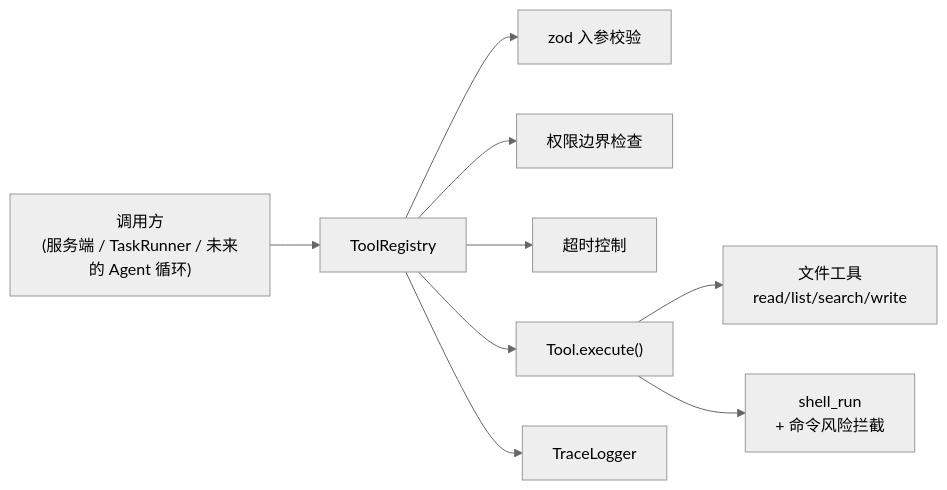
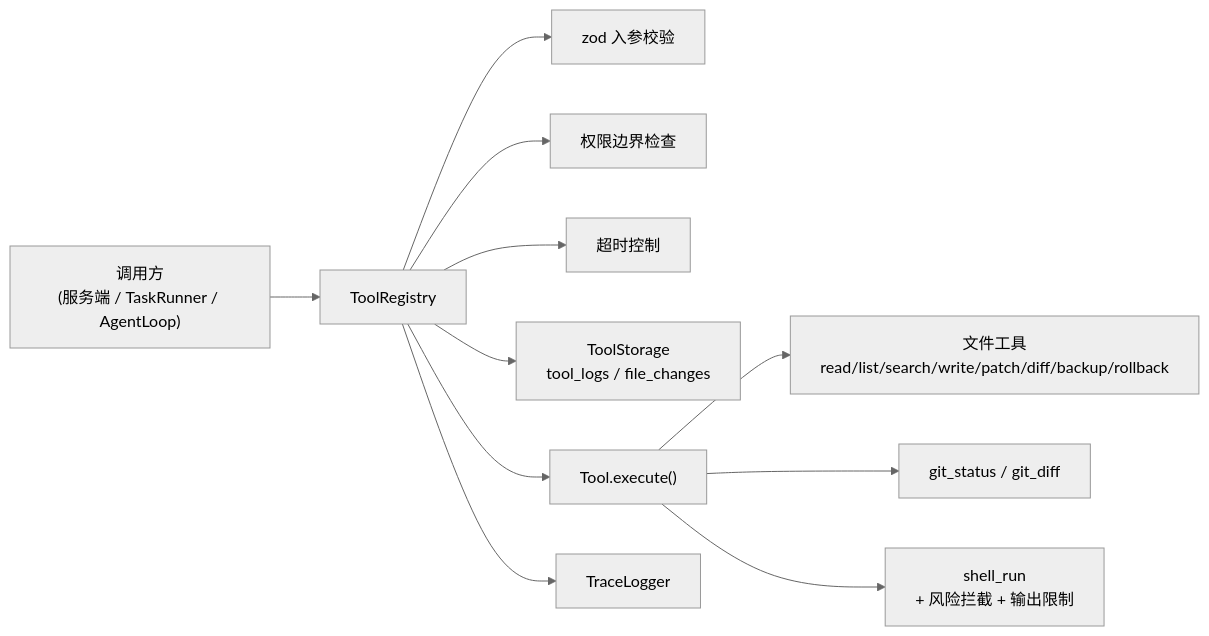
One commit to Atikou/AgentRelay changed the diagram in docs/工具系统.md. Above: the diagram before and after it, drawn with Mermaid (neutral theme). The commit also changed other lines of this file and 148 other files, not shown here.

````diff
--- a/docs/工具系统.md
+++ b/docs/工具系统.md
@@ -7,11 +9,13 @@
 ```mermaid
 flowchart LR
-    Caller["调用方<br/>(服务端 / TaskRunner / 未来的 Agent 循环)"] --> Reg["ToolRegistry"]
+    Caller["调用方<br/>(服务端 / TaskRunner / AgentLoop)"] --> Reg["ToolRegistry"]
     Reg --> V["zod 入参校验"]
     Reg --> P["权限边界检查"]
     Reg --> T["超时控制"]
+    Reg --> Store["ToolStorage<br/>tool_logs / file_changes"]
     Reg --> Exec["Tool.execute()"]
     Reg --> Trace["TraceLogger"]
-    Exec --> FS["文件工具<br/>read/list/search/write"]
-    Exec --> SH["shell_run<br/>+ 命令风险拦截"]
+    Exec --> FS["文件工具<br/>read/list/search/write/patch/diff/backup/rollback"]
+    Exec --> Git["git_status / git_diff"]
+    Exec --> SH["shell_run<br/>+ 风险拦截 + 输出限制"]
 ```
````
